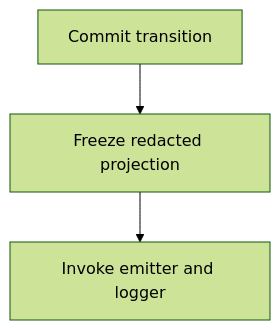
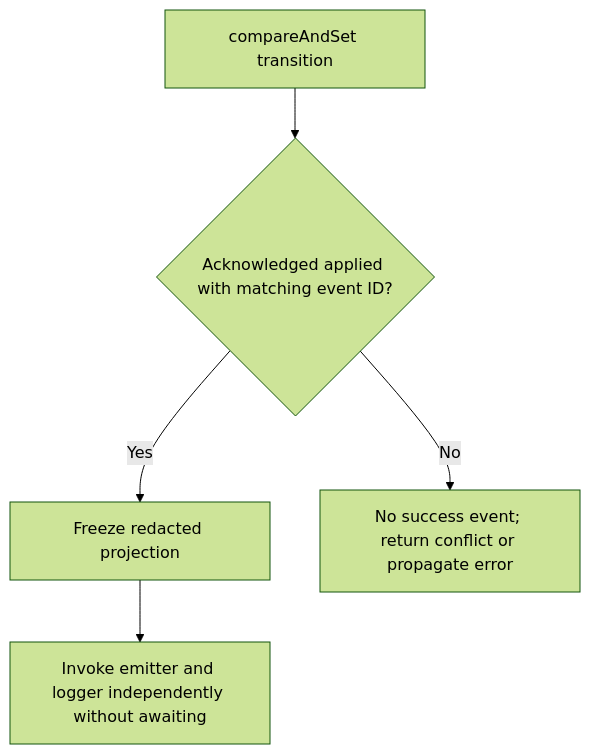
Before and after one commit to Kevinjohn/oss-adonisjs-masquerade: the second of 2 diagrams in user-stories/audit-business-work/us-audit-02-observe-transitions.md, drawn with Mermaid (forest theme). The commit also changed other lines of this file and 22 other files, not shown here.

Commit message:
docs: verify user story paths and Mermaid flows against implementation

````diff
--- a/user-stories/audit-business-work/us-audit-02-observe-transitions.md
+++ b/user-stories/audit-business-work/us-audit-02-observe-transitions.md
@@ -28,5 +28,7 @@
 ```mermaid
 flowchart TD
-    A["Commit transition"] --> B["Freeze redacted projection"]
-    B["Freeze redacted projection"] --> C["Invoke emitter and logger"]
+    A["compareAndSet transition"] --> Q{"Acknowledged applied with matching event ID?"}
+    Q -->|Yes| B["Freeze redacted projection"]
+    Q -->|No| R["No success event; return conflict or propagate error"]
+    B --> C["Invoke emitter and logger independently without awaiting"]
 ```
````
